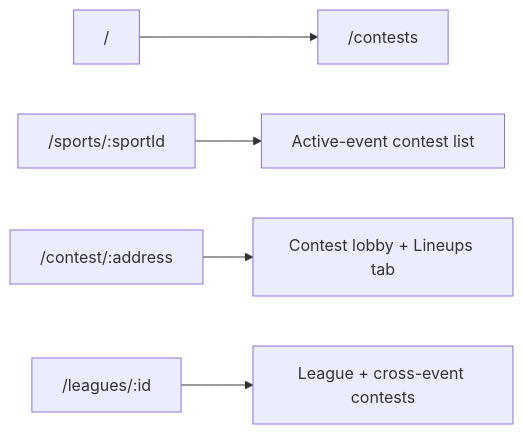
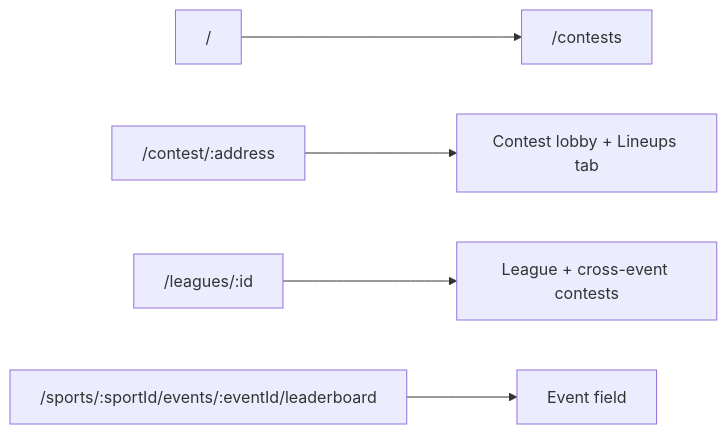
One commit to MagRelo/cut changed the second of 3 diagrams in spec/client/architecture.md. Above: the diagram before and after it, drawn with Mermaid. The commit also changed other lines of this file and 34 other files, not shown here.

````diff
--- a/spec/client/architecture.md
+++ b/spec/client/architecture.md
@@ -33,7 +33,7 @@
 ```mermaid
 flowchart LR
   ROOT["/"] --> CONTESTS["/contests"]
-  HUB["/sports/:sportId"] --> HUB_LIST[Active-event contest list]
   LOBBY["/contest/:address"] --> CONTEST[Contest lobby + Lineups tab]
   LEAGUES["/leagues/:id"] --> LEAGUE[League + cross-event contests]
+  FIELD["/sports/:sportId/events/:eventId/leaderboard"] --> BOARD[Event field]
 ```
````
